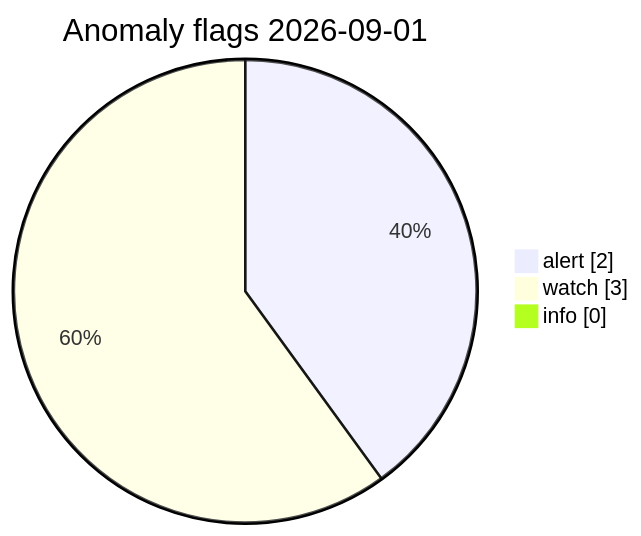
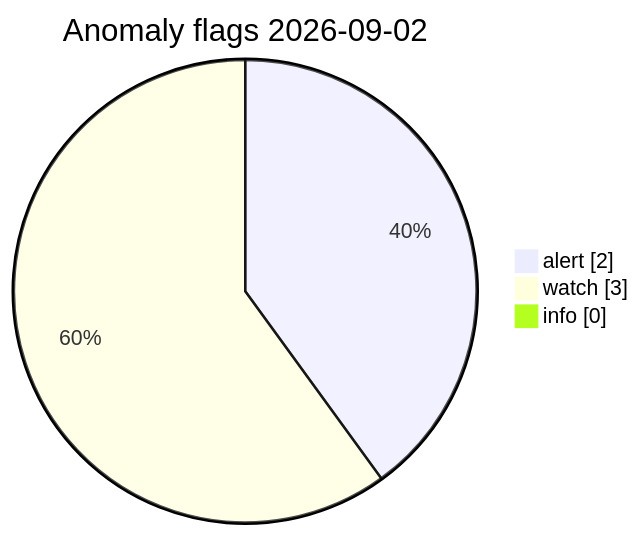
The diagram in visuals/latest/CHARTS.md (Midwest-Stratospheric/Unified-Open-Global-Weather), drawn with Mermaid before and after one commit. The commit also changed other lines of this file and 11 other files, not shown here.

Commit message:
data(visuals): automated charts 2026-09-02T11:23Z

````diff
--- a/visuals/latest/CHARTS.md
+++ b/visuals/latest/CHARTS.md
@@ -73,7 +73,7 @@
 ```mermaid
 pie showData
-  title Anomaly flags 2026-09-01
+  title Anomaly flags 2026-09-02
   "alert" : 2
   "watch" : 3
   "info" : 0
 ```
````
